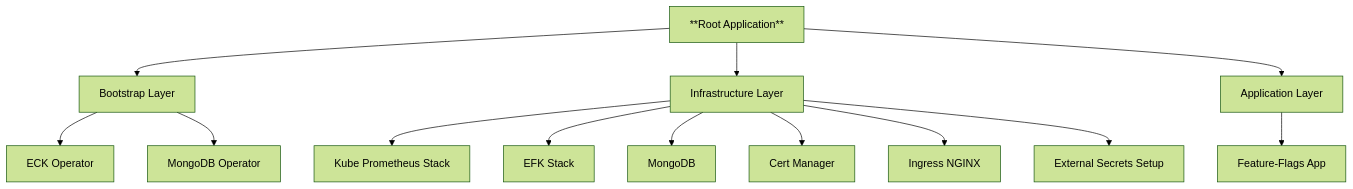
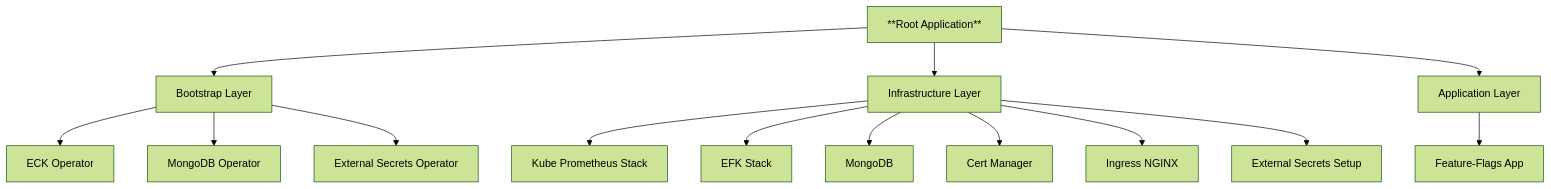
One commit to shaarron/feature-flags-resources changed the diagram in README.md. Above: the diagram before and after it, drawn with Mermaid (forest theme). The commit also changed other lines of this file and 2 other files, not shown here.

Commit message:
Move External Secrets Operator to bootstrap layer

````diff
--- a/README.md
+++ b/README.md
@@ -24,17 +24,18 @@
 ```mermaid
 graph TD
   A[**Root Application**] --> B[Bootstrap Layer]
   B --> B2[ECK Operator]
   B --> B3[MongoDB Operator]
+  B --> B4[External Secrets Operator]
 
   A --> C[Infrastructure Layer]
   C --> C1[Kube Prometheus Stack]
   C --> C2[EFK Stack]
   C --> C3[MongoDB]
   C --> C4[Cert Manager]
   C --> C5[Ingress NGINX]
   C --> C6[External Secrets Setup]
 
   A --> D[Application Layer]
   D --> D1[Feature-Flags App]
 ```
````
